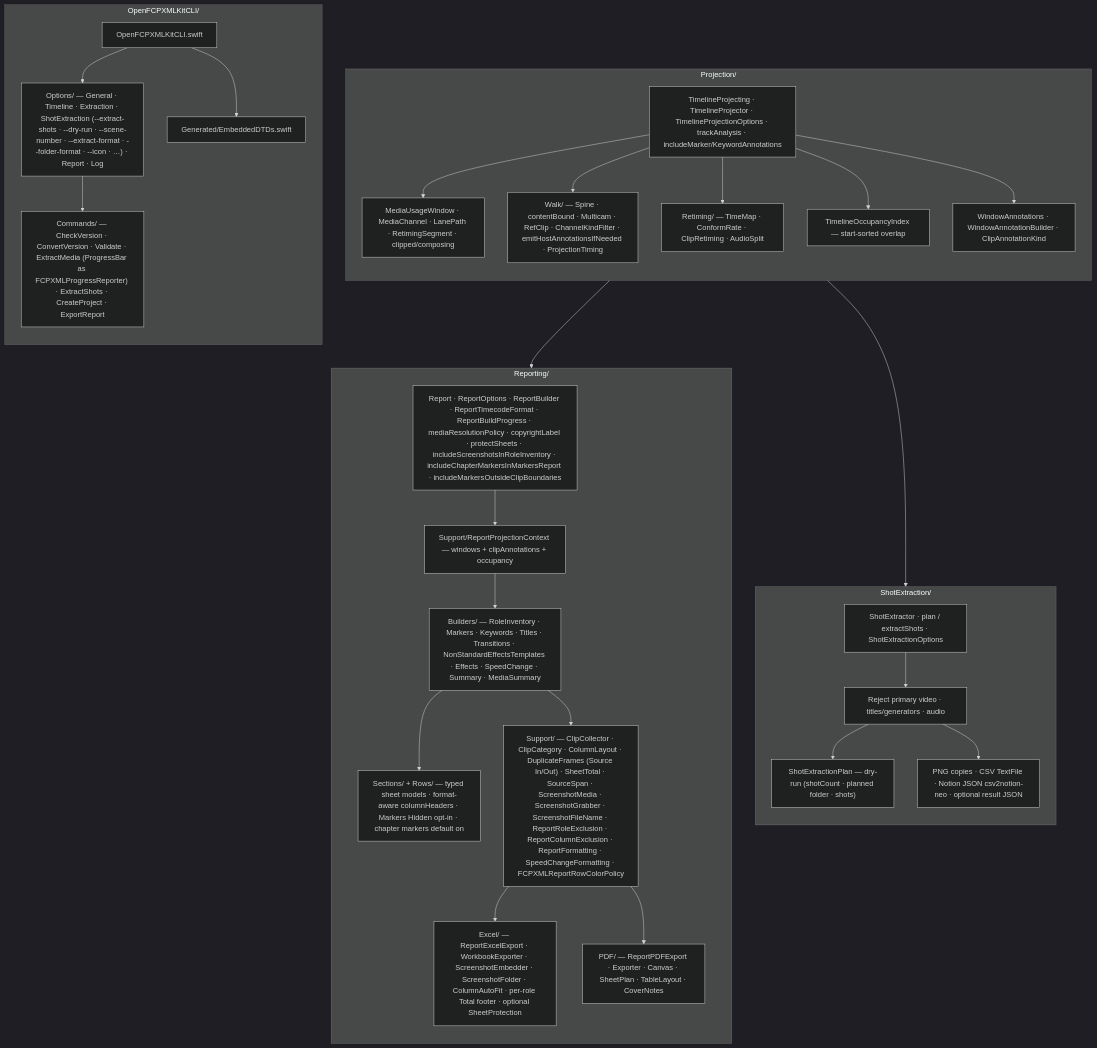
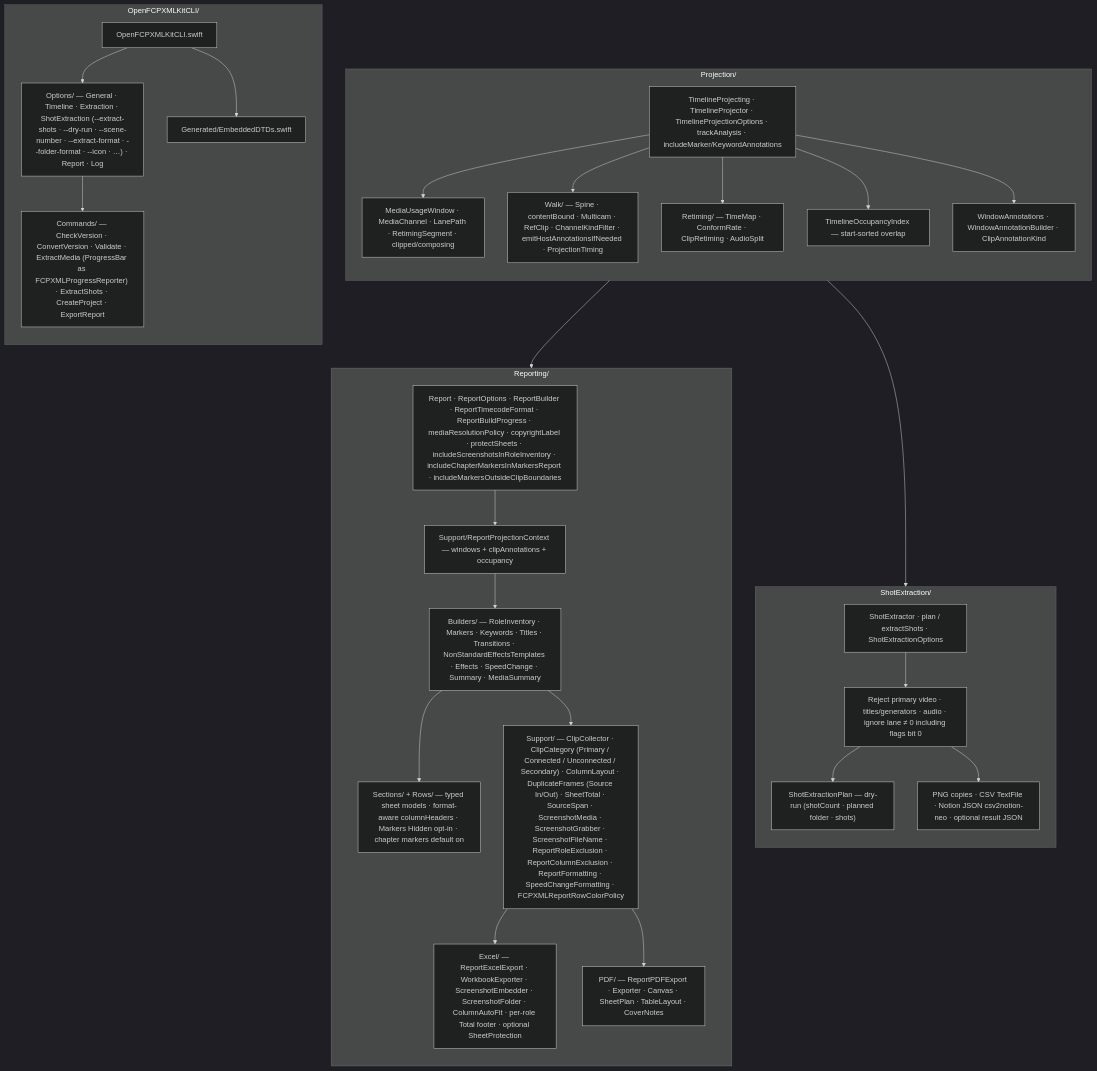
One commit to TheAcharya/OpenFCPXMLKit changed the fifth of 6 diagrams in ARCHITECTURE.md. Above: the diagram before and after it, drawn with Mermaid (dark theme). The commit also changed other lines of this file and 16 other files, not shown here.

First line of the commit message:
Document the FCPXML 1.15 disconnect flag and Unconnected Role Inventory categories.

````diff
--- a/ARCHITECTURE.md
+++ b/ARCHITECTURE.md
@@ -367,56 +369,56 @@
 ```mermaid
 flowchart TB
     subgraph PRJ_DETAIL["Projection/"]
         direction TB
         P_API["TimelineProjecting · TimelineProjector · TimelineProjectionOptions · trackAnalysis · includeMarker/KeywordAnnotations"]
         P_WIN["MediaUsageWindow · MediaChannel · LanePath · RetimingSegment · clipped/composing"]
         P_WALK["Walk/ — Spine · contentBound · Multicam · RefClip · ChannelKindFilter · emitHostAnnotationsIfNeeded · ProjectionTiming"]
         P_RET["Retiming/ — TimeMap · ConformRate · ClipRetiming · AudioSplit"]
         P_OCC["TimelineOccupancyIndex — start-sorted overlap"]
         P_ANN["WindowAnnotations · WindowAnnotationBuilder · ClipAnnotationKind"]
         P_API --> P_WIN
         P_API --> P_WALK
         P_API --> P_RET
         P_API --> P_OCC
         P_API --> P_ANN
     end
 
     subgraph REP_DETAIL["Reporting/"]
         direction TB
         R_TOP["Report · ReportOptions · ReportBuilder · ReportTimecodeFormat · ReportBuildProgress · mediaResolutionPolicy · copyrightLabel · protectSheets · includeScreenshotsInRoleInventory · includeChapterMarkersInMarkersReport · includeMarkersOutsideClipBoundaries"]
         R_CTX["Support/ReportProjectionContext — windows + clipAnnotations + occupancy"]
         R_BLD["Builders/ — RoleInventory · Markers · Keywords · Titles · Transitions · NonStandardEffectsTemplates · Effects · SpeedChange · Summary · MediaSummary"]
         R_SEC["Sections/ + Rows/ — typed sheet models · format-aware columnHeaders · Markers Hidden opt-in · chapter markers default on"]
-        R_SUP["Support/ — ClipCollector · ClipCategory · ColumnLayout · DuplicateFrames (Source In/Out) · SheetTotal · SourceSpan · ScreenshotMedia · ScreenshotGrabber · ScreenshotFileName · ReportRoleExclusion · ReportColumnExclusion · ReportFormatting · SpeedChangeFormatting · FCPXMLReportRowColorPolicy"]
+        R_SUP["Support/ — ClipCollector · ClipCategory (Primary / Connected / Unconnected / Secondary) · ColumnLayout · DuplicateFrames (Source In/Out) · SheetTotal · SourceSpan · ScreenshotMedia · ScreenshotGrabber · ScreenshotFileName · ReportRoleExclusion · ReportColumnExclusion · ReportFormatting · SpeedChangeFormatting · FCPXMLReportRowColorPolicy"]
         R_XLS["Excel/ — ReportExcelExport · WorkbookExporter · ScreenshotEmbedder · ScreenshotFolder · ColumnAutoFit · per-role Total footer · optional SheetProtection"]
         R_PDF["PDF/ — ReportPDFExport · Exporter · Canvas · SheetPlan · TableLayout · CoverNotes"]
         R_TOP --> R_CTX --> R_BLD --> R_SEC
         R_BLD --> R_SUP
         R_SUP --> R_XLS
         R_SUP --> R_PDF
     end
 
     PRJ_DETAIL --> REP_DETAIL
     PRJ_DETAIL --> SHOT_DETAIL
 
     subgraph SHOT_DETAIL["ShotExtraction/"]
         direction TB
         S_API["ShotExtractor · plan / extractShots · ShotExtractionOptions"]
         S_PLAN["ShotExtractionPlan — dry-run (shotCount · planned folder · shots)"]
-        S_VAL["Reject primary video · titles/generators · audio"]
+        S_VAL["Reject primary video · titles/generators · audio · ignore lane ≠ 0 including flags bit 0"]
         S_OUT["PNG copies · CSV TextFile · Notion JSON csv2notion-neo · optional result JSON"]
         S_API --> S_VAL
         S_VAL --> S_PLAN
         S_VAL --> S_OUT
     end
 
     subgraph CLI_DETAIL["OpenFCPXMLKitCLI/"]
         direction TB
         C_ROOT["OpenFCPXMLKitCLI.swift"]
         C_OPT["Options/ — General · Timeline · Extraction · ShotExtraction (--extract-shots · --dry-run · --scene-number · --extract-format · --folder-format · --icon · …) · Report · Log"]
         C_CMD["Commands/ — CheckVersion · ConvertVersion · Validate · ExtractMedia (ProgressBar as FCPXMLProgressReporter) · ExtractShots · CreateProject · ExportReport"]
         C_GEN["Generated/EmbeddedDTDs.swift"]
         C_ROOT --> C_OPT --> C_CMD
         C_ROOT --> C_GEN
     end
 ```
````
